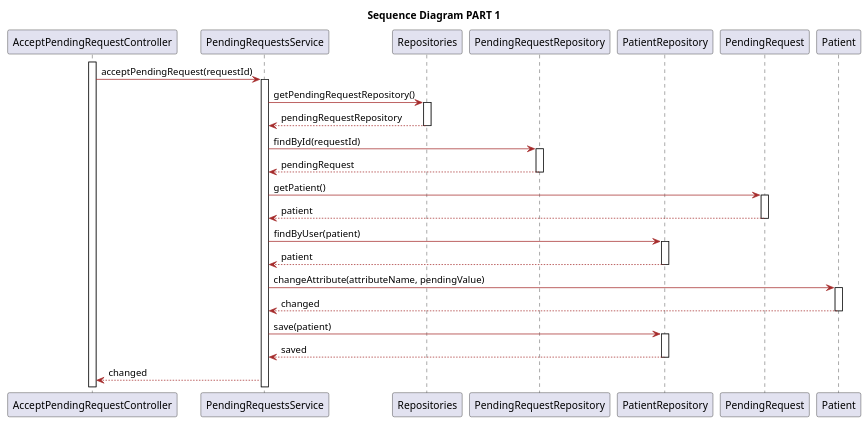
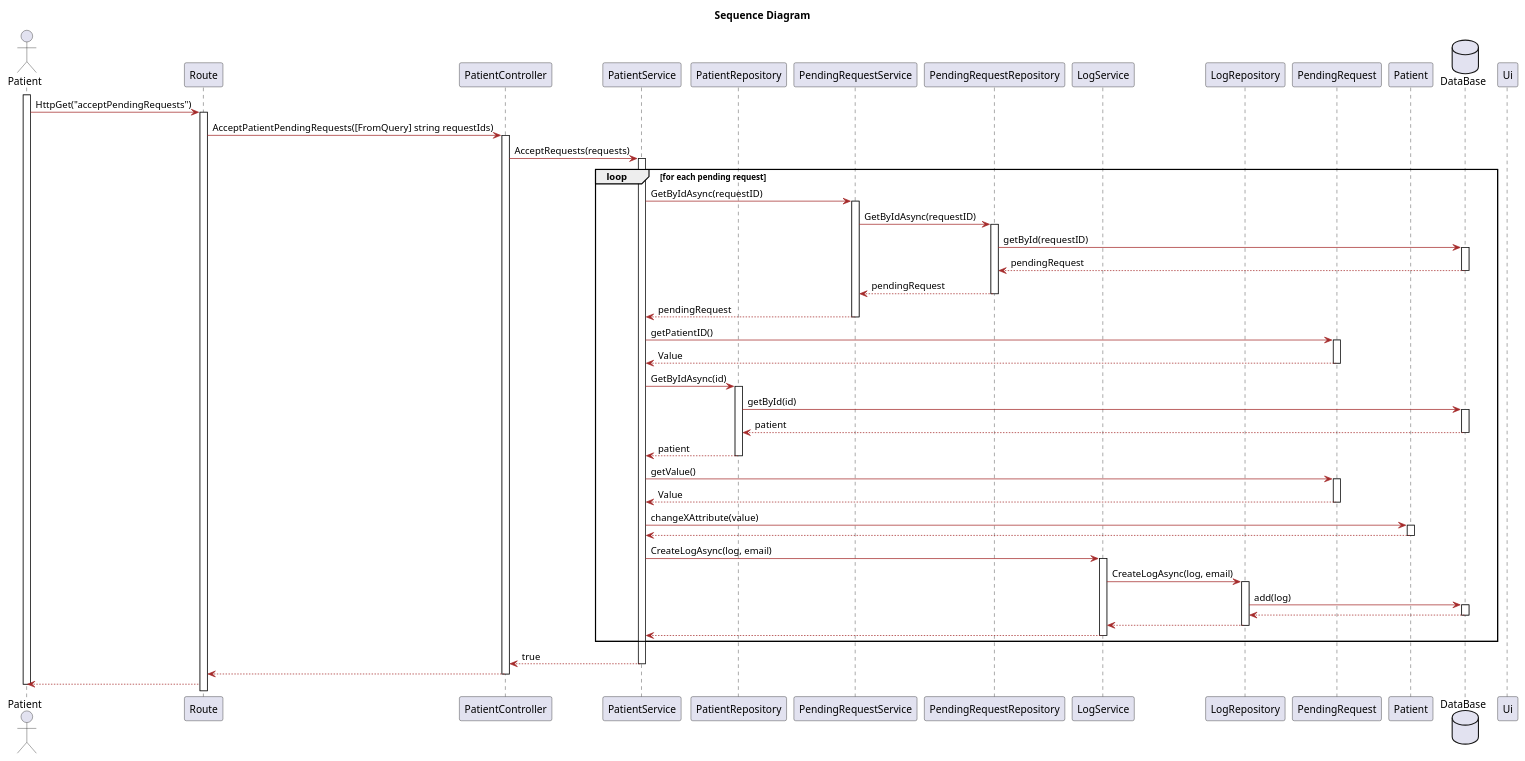
Before and after one commit to LAPR5-043/sem_5_24_25_043: the diagram in Docs/Sprint1/UserStories/LAPR5/us514/design/puml/sequence-diagram-part2.puml, drawn with PlantUML. The commit also changed 14 other files, not shown here.

```diff
--- a/Docs/Sprint1/UserStories/LAPR5/us514/design/puml/sequence-diagram-part2.puml
+++ b/Docs/Sprint1/UserStories/LAPR5/us514/design/puml/sequence-diagram-part2.puml
@@ -1,83 +1,124 @@
 @startuml
-title Sequence Diagram PART 1
+title Sequence Diagram 
 skinparam classAttributeIconSize 0
 
 skinparam class {
     LifeLineBorderColor DodgerBlue
     LifeLineBackgroundColor APPLICATION
     BackgroundColor LemonChiffon
     ArrowColor Brown
     BorderColor SaddleBrown
 }
 
 skinparam packageStyle rectangle
 
 skinparam card {
     LifeLineBorderColor DodgerBlue
     LifeLineBackgroundColor APPLICATION
     BackgroundColor LemonChiffon
     ArrowColor Brown
     BorderColor SaddleBrown
 }
 
+actor Patient
+participant "Route" as UI
+participant "PatientController" as Controller
+participant "PatientService" as userS
+participant "PatientRepository" as userR
+participant "PendingRequestService" as penS
+participant "PendingRequestRepository" as penR
 
-participant "AcceptPendingRequestController" as Controller
-participant "PendingRequestsService" as serviceRequest
-participant "Repositories" as Repositories
-participant "PendingRequestRepository" as PendingRequestRepo
-participant "PatientRepository" as patientR
-participant "PendingRequest" as PendingRequest
-participant "Patient" as patient
+participant "LogService" as LogS
+participant "LogRepository" as LogR
+participant "PendingRequest" as pen
+participant "Patient" as user
+database "DataBase" as db
 
+activate Patient
+Patient -> UI: HttpGet("acceptPendingRequests")
+activate UI
+UI -> Controller:AcceptPatientPendingRequests([FromQuery] string requestIds)
+activate Controller
+Controller -> userS : AcceptRequests(requests)
+activate userS
 
-activate Controller
-Controller -> serviceRequest : acceptPendingRequest(requestId)
-activate serviceRequest
-serviceRequest -> Repositories : getPendingRequestRepository()
-activate Repositories
-Repositories --> serviceRequest : pendingRequestRepository
-deactivate Repositories
-serviceRequest -> PendingRequestRepo : findById(requestId)
-activate PendingRequestRepo
-PendingRequestRepo --> serviceRequest : pendingRequest
-deactivate PendingRequestRepo
-serviceRequest -> PendingRequest: getPatient()
-activate PendingRequest
-PendingRequest --> serviceRequest : patient
-deactivate PendingRequest
-serviceRequest -> patientR : findByUser(patient)
-activate patientR
-patientR --> serviceRequest : patient
-deactivate patientR
-serviceRequest -> patient : changeAttribute(attributeName, pendingValue)
-activate patient
-patient --> serviceRequest : changed
-deactivate patient
-serviceRequest -> patientR : save(patient)
-activate patientR
-patientR --> serviceRequest : saved
-deactivate patientR
-serviceRequest -->Controller : changed
+loop for each pending request
 
+userS -> penS: GetByIdAsync(requestID)
+activate penS
+penS -> penR : GetByIdAsync(requestID)
+activate penR
+penR -> db : getById(requestID)
+activate db
+db --> penR: pendingRequest
+deactivate db
+penR --> penS : pendingRequest
+deactivate penR
+penS --> userS : pendingRequest
+deactivate penS
 
+userS -> pen : getPatientID()
+activate pen 
+pen --> userS : Value
+deactivate pen
+
+userS -> userR : GetByIdAsync(id)
+activate userR 
+userR -> db : getById(id)
+activate db
+db --> userR: patient
+deactivate db
+userR --> userS: patient
+deactivate userR
+
+userS -> pen : getValue()
+activate pen 
+pen --> userS : Value
+deactivate pen
+
+userS -> user: changeXAttribute(value)
+activate user 
+user --> userS 
+deactivate user
+
+userS -> LogS : CreateLogAsync(log, email)
+activate LogS
+LogS -> LogR : CreateLogAsync(log, email)
+activate LogR
+LogR -> db : add(log)
+activate db 
+db --> LogR 
+deactivate db
+LogR --> LogS
+deactivate LogR
+LogS --> userS
+deactivate LogS
+end 
+userS --> Controller : true
+deactivate userS
+Controller --> UI
+deactivate Controller 
+UI --> Patient 
+deactivate Ui
+deactivate Patient
 
 
 
 
 
 
 
 
 
 
 
 
 
 
 
 
 
 
 
 
 @enduml
```
